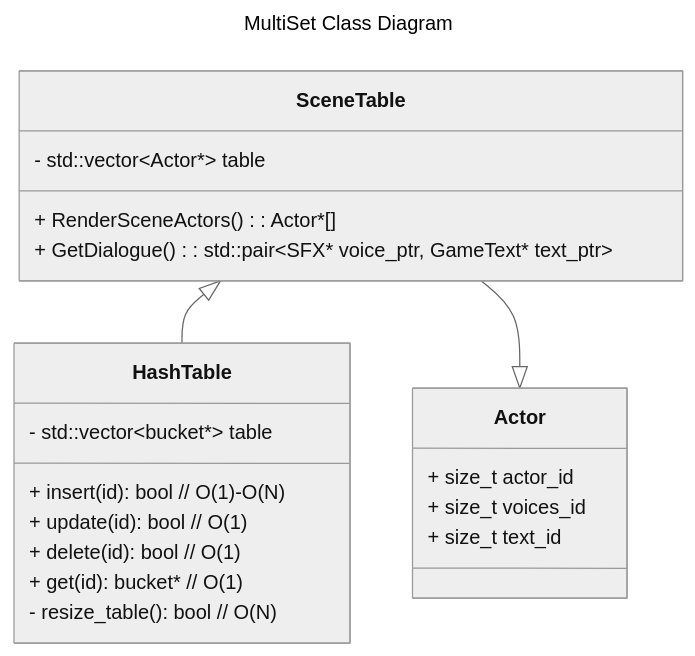
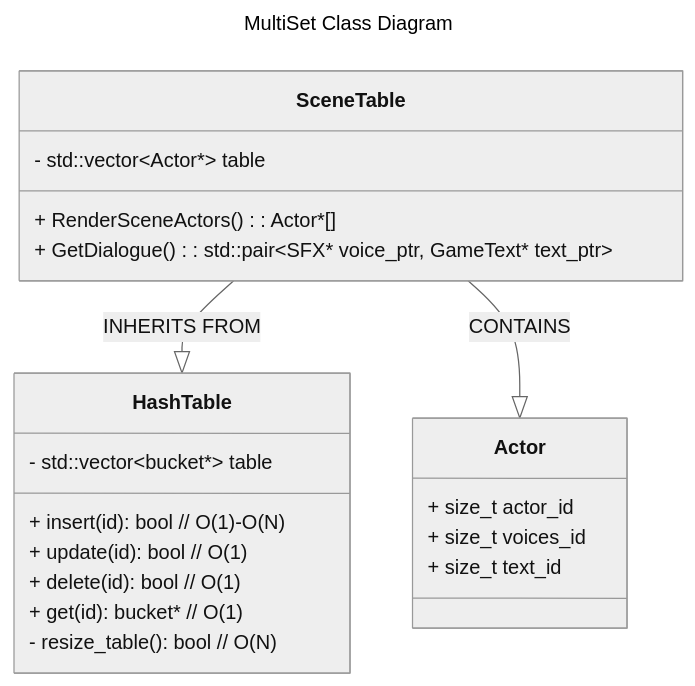
The first of 2 diagrams in DESIGN.md (WSU-janderson/project6-multiset-design-GrantBenR), drawn with Mermaid (neutral theme) before and after one commit. The commit also changed other lines of this file, not shown here.

````diff
--- a/DESIGN.md
+++ b/DESIGN.md
@@ -121,26 +123,26 @@
 ```mermaid
 ---
 title: MultiSet Class Diagram
 ---
 classDiagram
-    SceneTable <|-- HashTable
-    SceneTable --|> Actor
+    SceneTable --|> HashTable : INHERITS FROM
+    SceneTable --|> Actor : CONTAINS
     class SceneTable{
         - std::vector&lt;Actor*&gt table
         + RenderSceneActors(): Actor*[]
         + GetDialogue(): std::pair&lt;SFX* voice_ptr, GameText* text_ptr&gt
     }
     class Actor{
         + size_t actor_id
         + size_t voices_id
         + size_t text_id
     }
     class HashTable{
         - std::vector&lt;bucket*&gt table
         + insert(id): bool // O(1)-O(N)
         + update(id): bool // O(1)
         + delete(id): bool // O(1)
         + get(id): bucket* // O(1)
         - resize_table(): bool // O(N)
     }
 ```
````
